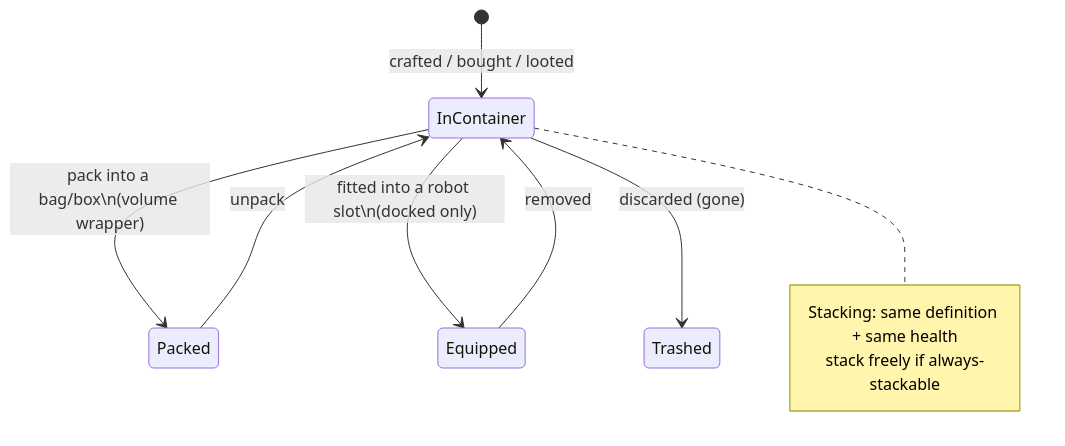
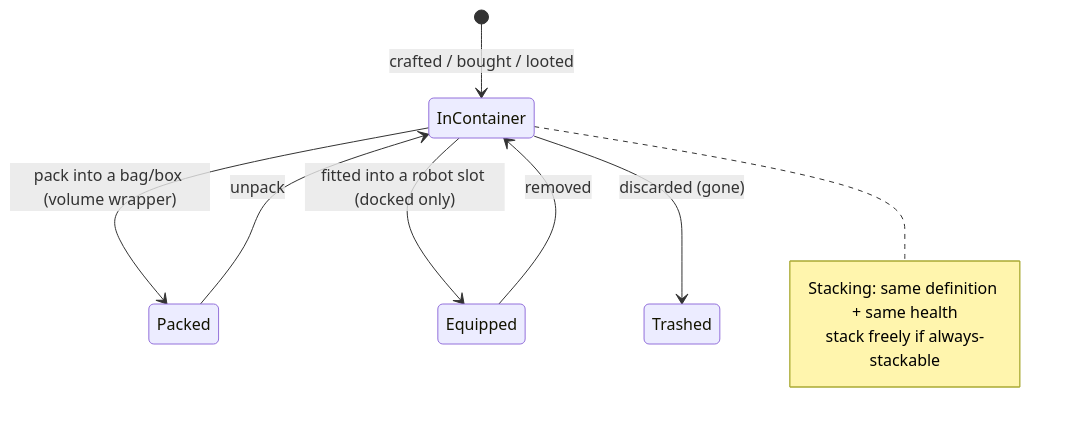
Before and after one commit to OpenPerpetuum/Wiki: the diagram in content/features/items.md, drawn with Mermaid. The commit also changed 6 other files, not shown here.

First line of the commit message:
Fixes: mermaid state-diagram labels (broken parse + silent \n)

````diff
--- a/content/features/items.md
+++ b/content/features/items.md
@@ -15,13 +15,13 @@
 ```mermaid
 stateDiagram-v2
     [*] --> InContainer: crafted / bought / looted
-    InContainer --> Packed: pack into a bag/box\n(volume wrapper)
+    InContainer --> Packed: pack into a bag/box (volume wrapper)
     Packed --> InContainer: unpack
-    InContainer --> Equipped: fitted into a robot slot\n(docked only)
+    InContainer --> Equipped: fitted into a robot slot (docked only)
     Equipped --> InContainer: removed
     InContainer --> Trashed: discarded (gone)
     note right of InContainer
         Stacking: same definition + same health
         stack freely if always-stackable
     end note
 ```
````
